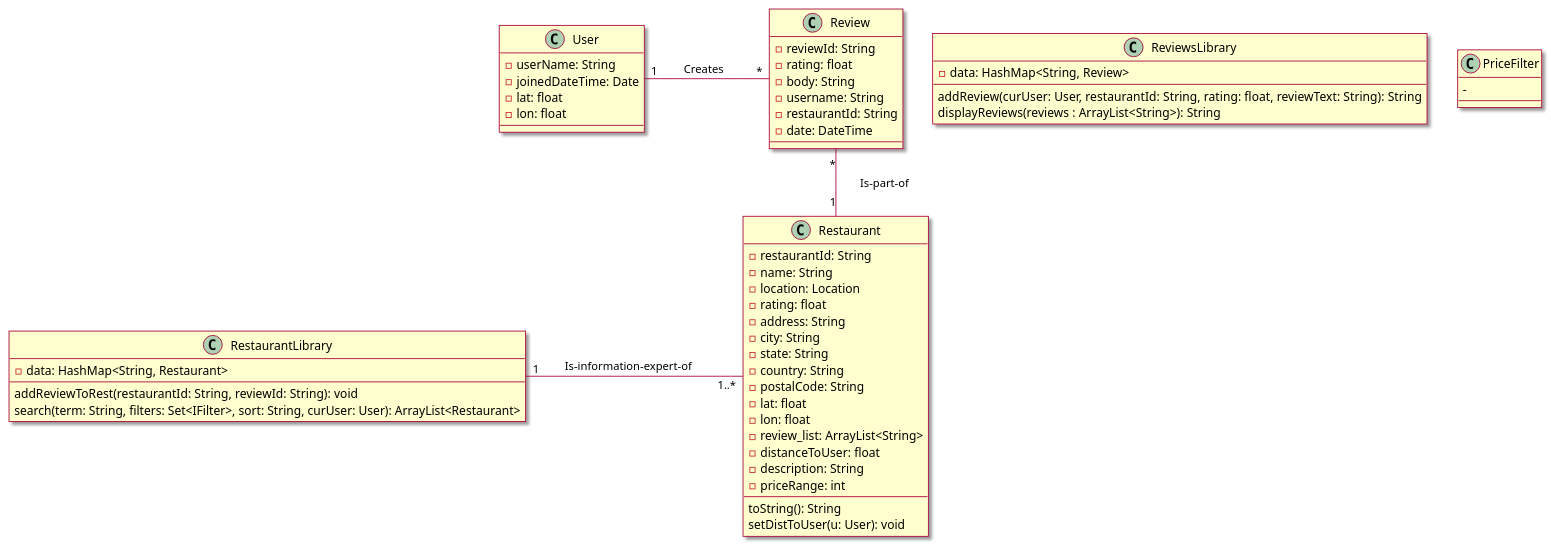
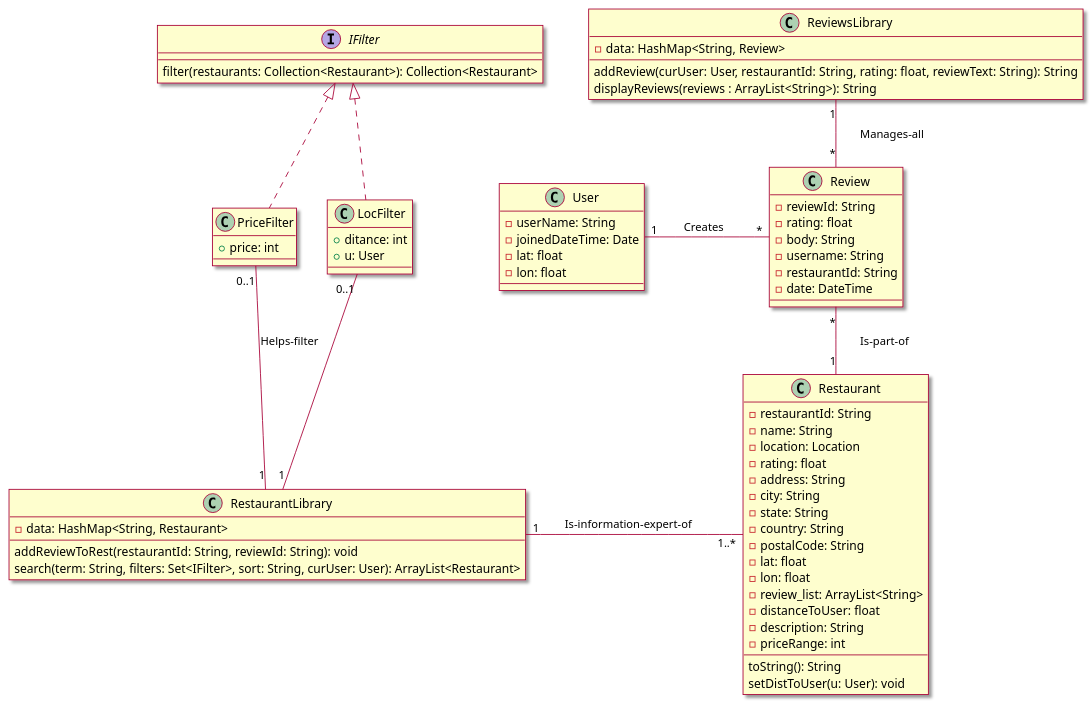
The second of 2 diagrams in intellij/doc/design.md (tanwasp/LunchBox-Android), drawn with PlantUML before and after one commit. The commit also changed 1 other file, not shown here.

Commit message:
Finish design class diagram

````diff
--- a/intellij/doc/design.md
+++ b/intellij/doc/design.md
@@ -39,66 +39,81 @@
 ```plantuml
 @startuml
 skin rose
 'skinparam classAttributeIconSize 0
 
 class Restaurant{
     -restaurantId: String
     -name: String
     -location: Location
     -rating: float
     -address: String
     -city: String
     -state: String
     -country: String
     -postalCode: String
     -lat: float
     -lon: float
     -review_list: ArrayList<String>
     -distanceToUser: float
     -description: String
     -priceRange: int
     --
     toString(): String
     setDistToUser(u: User): void
 }
 
 class Review{
     -reviewId: String
     -rating: float
     -body: String
     -username: String
     -restaurantId: String
     -date: DateTime
 }
 
 class User{
     -userName: String
     -joinedDateTime: Date
     -lat: float
     -lon: float
 }
 
 class RestaurantLibrary{
     -data: HashMap<String, Restaurant>
     --
     addReviewToRest(restaurantId: String, reviewId: String): void
     search(term: String, filters: Set<IFilter>, sort: String, curUser: User): ArrayList<Restaurant>
 }
 
 class ReviewsLibrary{
     -data: HashMap<String, Review>
     --
     addReview(curUser: User, restaurantId: String, rating: float, reviewText: String): String
     displayReviews(reviews : ArrayList<String>): String
 }
 
+interface IFilter { 
+    --
+    filter(restaurants: Collection<Restaurant>): Collection<Restaurant>
+}
+
 class PriceFilter{
-    -
+    +price: int
+}
+
+class LocFilter{
+    +ditance: int
+    +u: User
 }
 
 ' associations
+IFilter <|.. PriceFilter
+IFilter <|.. LocFilter
+PriceFilter "0..1" -- "1" RestaurantLibrary: Helps-filter
+LocFilter "0..1" -- "1" RestaurantLibrary
 RestaurantLibrary "1" - "1..*" Restaurant : \tIs-information-expert-of\t\t
+ReviewsLibrary "1" -- "*" Review : \tManages-all\t\t
 Review "*" -- "1" Restaurant : \tIs-part-of\t\t
 User "1" - "*" Review : \tCreates\t\t
 @enduml
 ```
````
